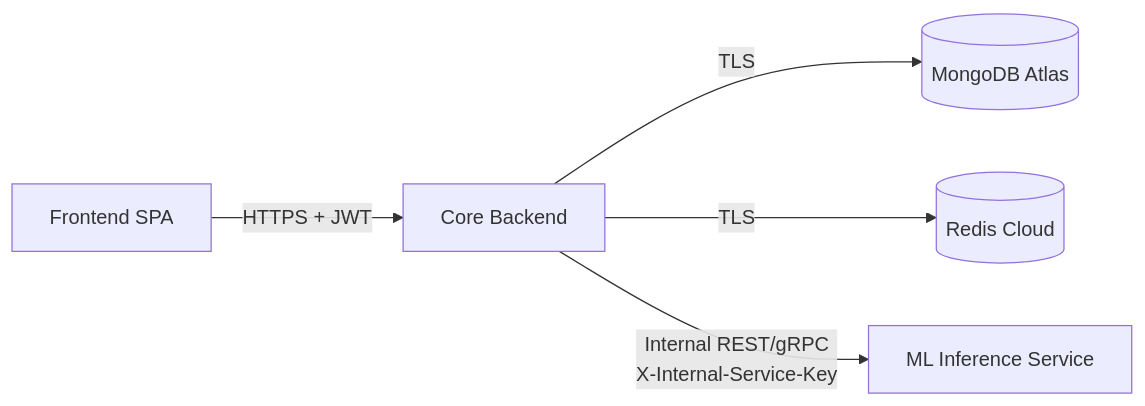
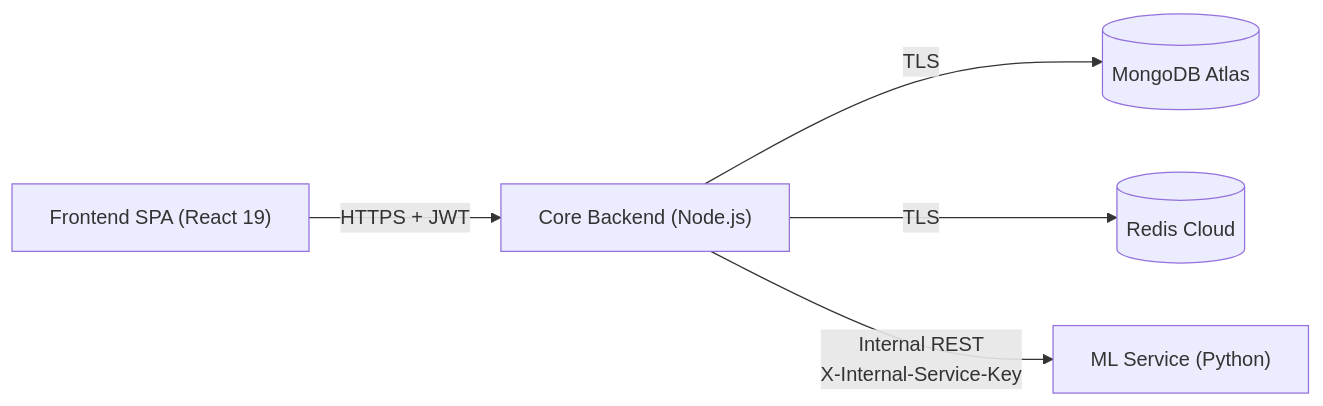
Before and after one commit to rajgupta04/Ayurvarta: the diagram in docs/services/core-backend-service.md, drawn with Mermaid. The commit also changed other lines of this file and 33 other files, not shown here.

Commit message:
refactor: restructure project layout with dedicated backend, frontend, and ml-service directories

````diff
--- a/docs/services/core-backend-service.md
+++ b/docs/services/core-backend-service.md
@@ -89,7 +84,7 @@
 ```mermaid
 flowchart LR
-    FE["Frontend SPA"] -->|HTTPS + JWT| Core["Core Backend"]
-    Core -->|TLS | Mongo[("MongoDB Atlas")]
-    Core -->|TLS | Redis[("Redis Cloud")]
-    Core -->|Internal REST/gRPC<br/>X-Internal-Service-Key| ML["ML Inference Service"]
+    FE["Frontend SPA (React 19)"] -->|HTTPS + JWT| Core["Core Backend (Node.js)"]
+    Core -->|TLS| Mongo[("MongoDB Atlas")]
+    Core -->|TLS| Redis[("Redis Cloud")]
+    Core -->|Internal REST<br/>X-Internal-Service-Key| ML["ML Service (Python)"]
 ```
````
